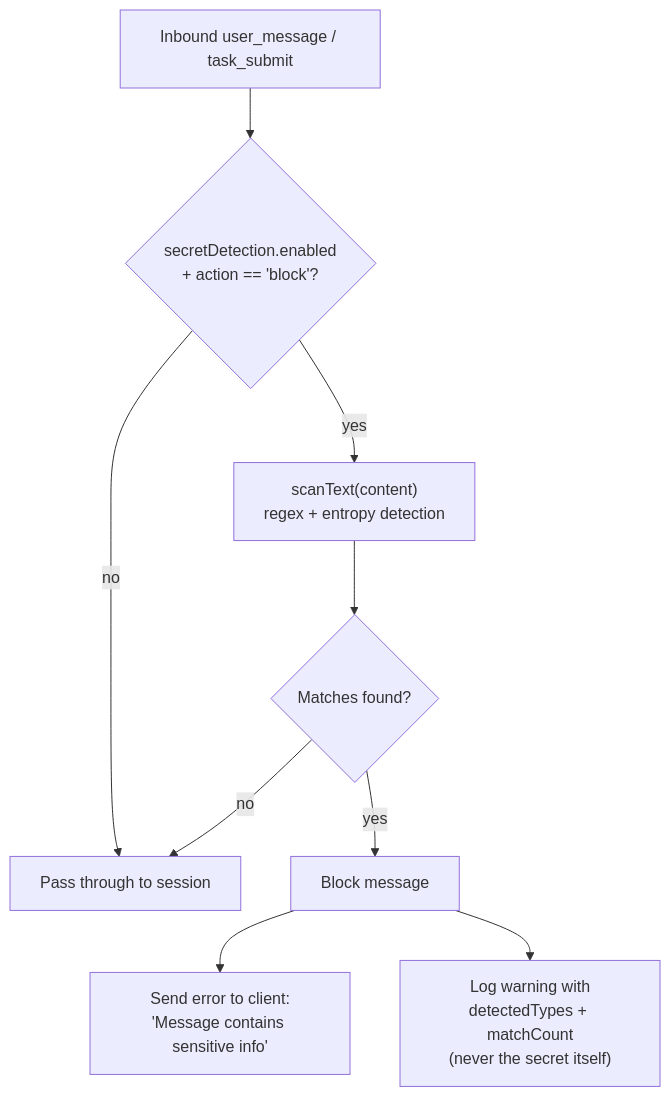
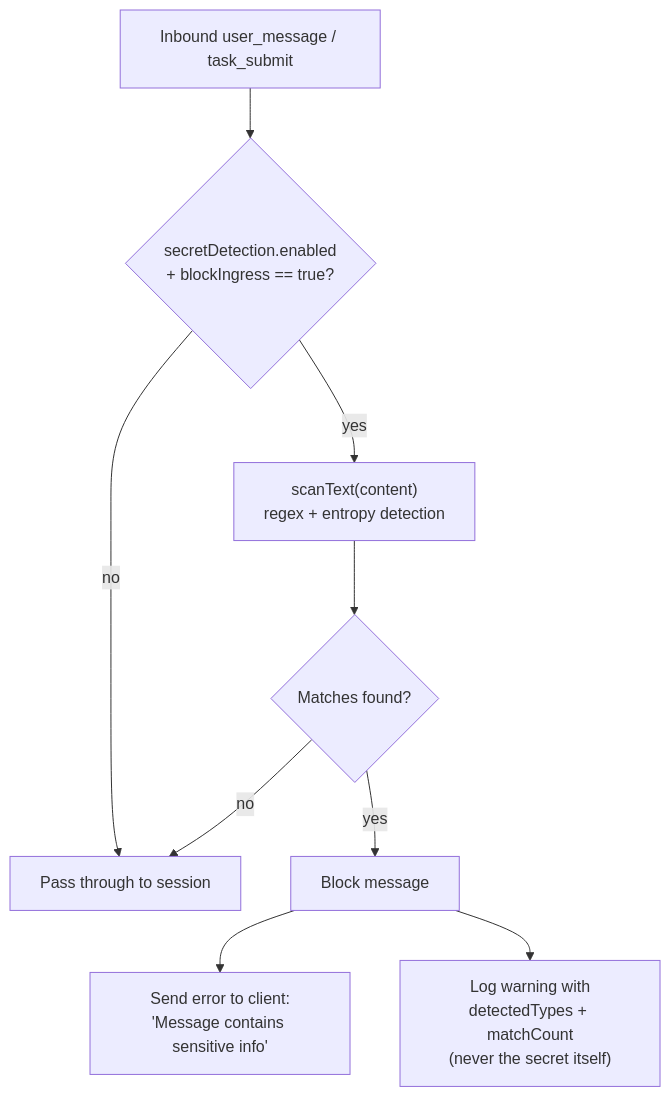
Diagram 34 of 43 in ARCHITECTURE.md (vellum-ai/vellum-assistant), drawn with Mermaid before and after one commit. The commit also changed 1 other file, not shown here.

Commit message:
docs: fix secretDetection docs to match code — blockIngress gates ingress, action defaults to redact

````diff
--- a/ARCHITECTURE.md
+++ b/ARCHITECTURE.md
@@ -2435,11 +2435,11 @@
 ```mermaid
 graph TB
-    MSG["Inbound user_message / task_submit"] --> CHECK{"secretDetection.enabled<br/>+ action == 'block'?"}
+    MSG["Inbound user_message / task_submit"] --> CHECK{"secretDetection.enabled<br/>+ blockIngress == true?"}
     CHECK -->|no| PASS["Pass through to session"]
     CHECK -->|yes| SCAN["scanText(content)<br/>regex + entropy detection"]
     SCAN --> MATCH{"Matches found?"}
     MATCH -->|no| PASS
     MATCH -->|yes| BLOCK["Block message"]
     BLOCK --> NOTIFY["Send error to client:<br/>'Message contains sensitive info'"]
     BLOCK --> LOG["Log warning with<br/>detectedTypes + matchCount<br/>(never the secret itself)"]
 ```
````
